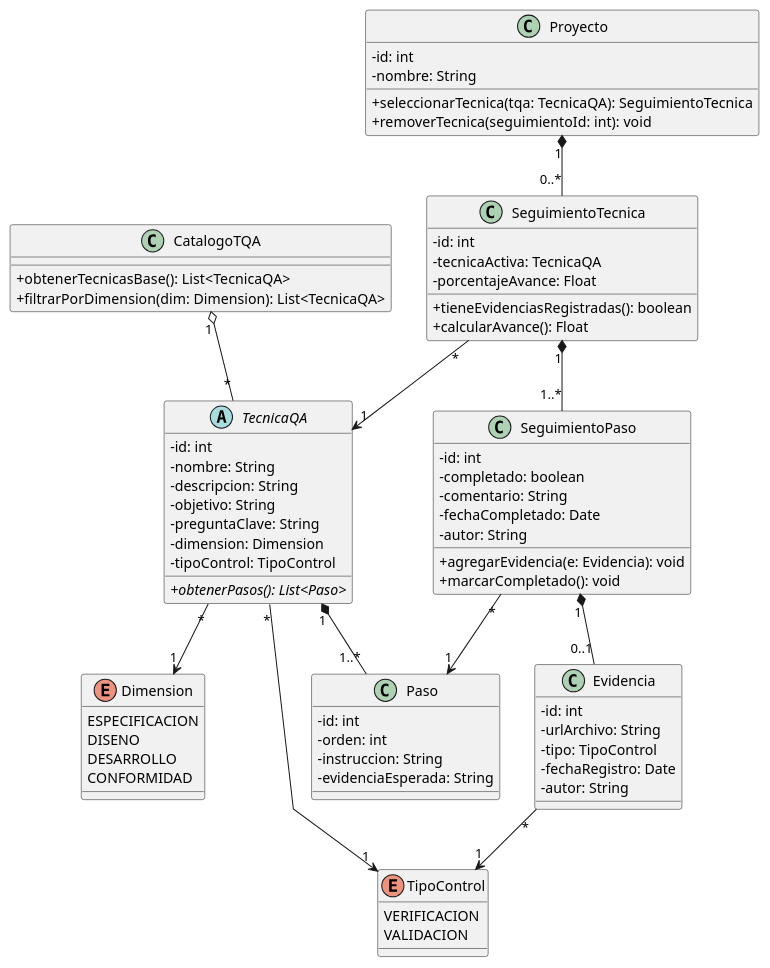
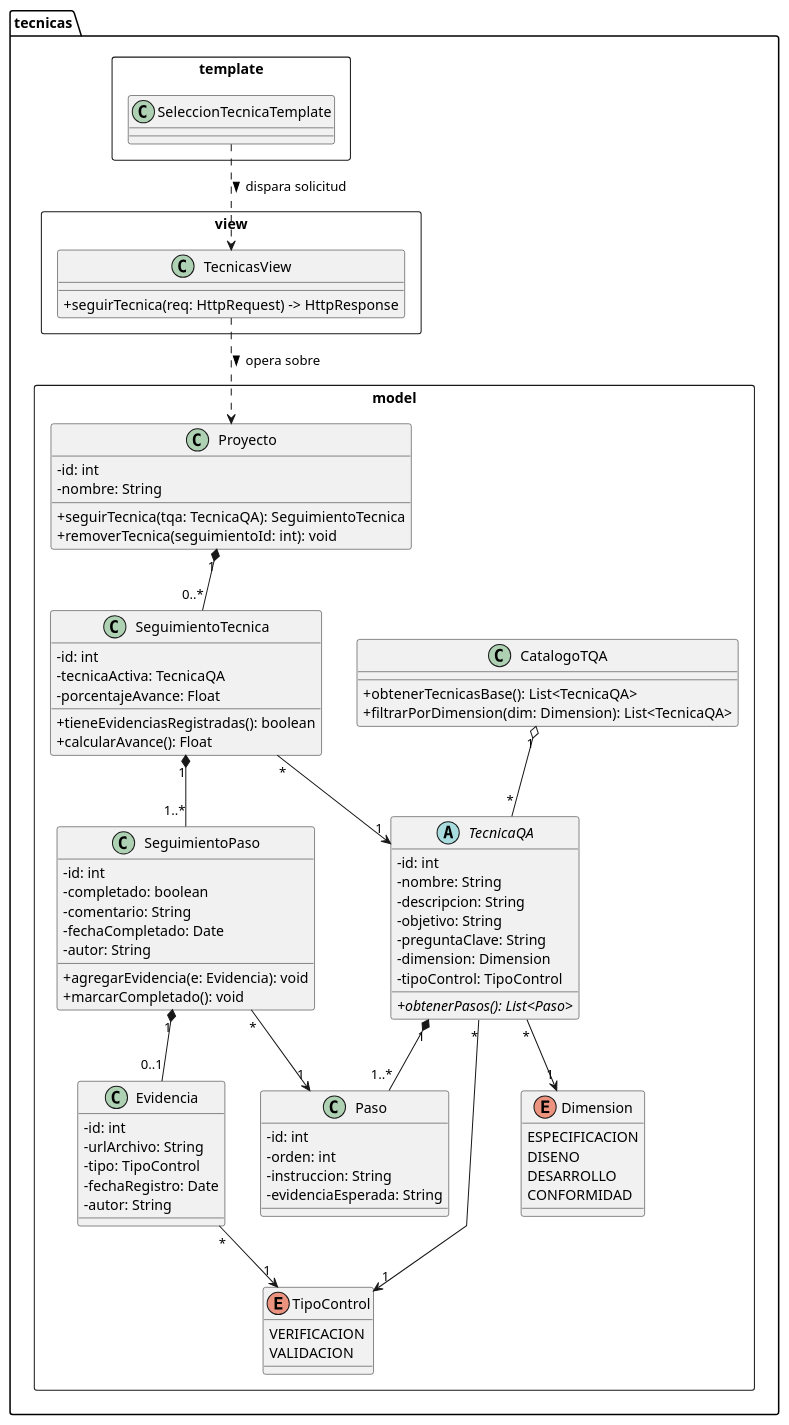
The diagram in diagrams/hu5_clases.puml (Josgtg/QA-Admin), drawn with PlantUML before and after one commit. The commit also changed 1 other file, not shown here.

Commit message:
Diagramas del HU5 corregidos

```diff
--- a/diagrams/hu5_clases.puml
+++ b/diagrams/hu5_clases.puml
@@ -1,87 +1,104 @@
 @startuml
 skinparam classAttributeIconSize 0
 skinparam shadowing false
 skinparam linetype polyline
 
-enum Dimension {
-  ESPECIFICACION
-  DISENO
-  DESARROLLO
-  CONFORMIDAD
+package "tecnicas.template" <<Rectangle>> {
+  class SeleccionTecnicaTemplate {
+  }
 }
 
-enum TipoControl {
-  VERIFICACION
-  VALIDACION
+package "tecnicas.view" <<Rectangle>> {
+  class TecnicasView {
+    + seguirTecnica(req: HttpRequest) -> HttpResponse
+  }
 }
 
-class CatalogoTQA {
-  + obtenerTecnicasBase(): List<TecnicaQA>
-  + filtrarPorDimension(dim: Dimension): List<TecnicaQA>
+package "tecnicas.model" <<Rectangle>> {
+  enum Dimension {
+    ESPECIFICACION
+    DISENO
+    DESARROLLO
+    CONFORMIDAD
+  }
+
+  enum TipoControl {
+    VERIFICACION
+    VALIDACION
+  }
+
+  class CatalogoTQA {
+    + obtenerTecnicasBase(): List<TecnicaQA>
+    + filtrarPorDimension(dim: Dimension): List<TecnicaQA>
+  }
+
+  abstract class TecnicaQA {
+    - id: int
+    - nombre: String
+    - descripcion: String
+    - objetivo: String
+    - preguntaClave: String
+    - dimension: Dimension
+    - tipoControl: TipoControl
+    + {abstract} obtenerPasos(): List<Paso>
+  }
+
+  class Paso {
+    - id: int
+    - orden: int
+    - instruccion: String
+    - evidenciaEsperada: String
+  }
+
+  class Proyecto {
+    - id: int
+    - nombre: String
+    + seguirTecnica(tqa: TecnicaQA): SeguimientoTecnica
+    + removerTecnica(seguimientoId: int): void
+  }
+
+  class SeguimientoTecnica {
+    - id: int
+    - tecnicaActiva: TecnicaQA
+    - porcentajeAvance: Float
+    + tieneEvidenciasRegistradas(): boolean
+    + calcularAvance(): Float
+  }
+
+  class SeguimientoPaso {
+    - id: int
+    - completado: boolean
+    - comentario: String
+    - fechaCompletado: Date
+    - autor: String
+    + agregarEvidencia(e: Evidencia): void
+    + marcarCompletado(): void
+  }
+
+  class Evidencia {
+    - id: int
+    - urlArchivo: String
+    - tipo: TipoControl
+    - fechaRegistro: Date
+    - autor: String
+  }
 }
 
-abstract class TecnicaQA {
-  - id: int
-  - nombre: String
-  - descripcion: String
-  - objetivo: String
-  - preguntaClave: String
-  - dimension: Dimension
-  - tipoControl: TipoControl
-  + {abstract} obtenerPasos(): List<Paso>
-}
-
-class Paso {
-  - id: int
-  - orden: int
-  - instruccion: String
-  - evidenciaEsperada: String
-}
-
-class Proyecto {
-  - id: int
-  - nombre: String
-  + seleccionarTecnica(tqa: TecnicaQA): SeguimientoTecnica
-  + removerTecnica(seguimientoId: int): void
-}
-
-class SeguimientoTecnica {
-  - id: int
-  - tecnicaActiva: TecnicaQA
-  - porcentajeAvance: Float
-  + tieneEvidenciasRegistradas(): boolean
-  + calcularAvance(): Float
-}
-
-class SeguimientoPaso {
-  - id: int
-  - completado: boolean
-  - comentario: String
-  - fechaCompletado: Date
-  - autor: String
-  + agregarEvidencia(e: Evidencia): void
-  + marcarCompletado(): void
-}
-
-class Evidencia {
-  - id: int
-  - urlArchivo: String
-  - tipo: TipoControl
-  - fechaRegistro: Date
-  - autor: String
-}
-
+' Relaciones internas de modelos
 CatalogoTQA "1" o-- "*" TecnicaQA
 TecnicaQA "*" --> "1" Dimension
 TecnicaQA "*" --> "1" TipoControl
 TecnicaQA "1" *-- "1..*" Paso
 
 Proyecto "1" *-- "0..*" SeguimientoTecnica
 SeguimientoTecnica "*" --> "1" TecnicaQA
 SeguimientoTecnica "1" *-- "1..*" SeguimientoPaso
 SeguimientoPaso "*" --> "1" Paso
 SeguimientoPaso "1" *-- "0..1" Evidencia
 
 Evidencia "*" --> "1" TipoControl
 
+' Relaciones MVT
+SeleccionTecnicaTemplate ..> TecnicasView : dispara solicitud >
+TecnicasView ..> Proyecto : opera sobre >
 @enduml
```
